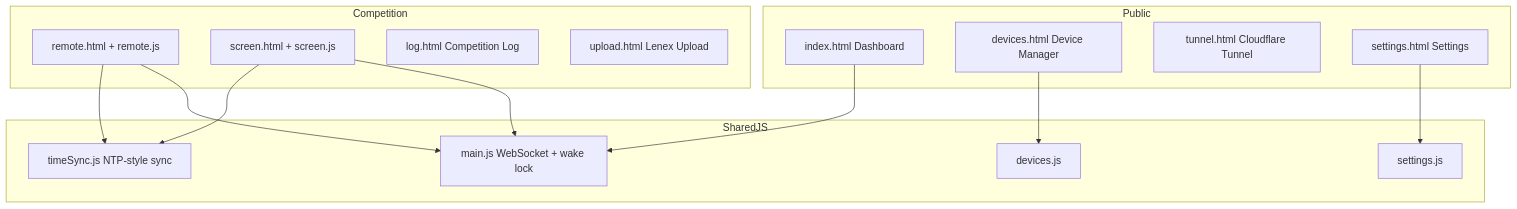
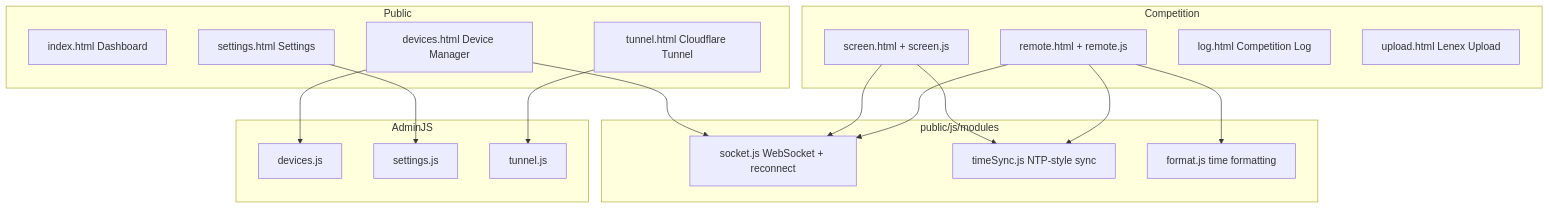
The fifth of 6 diagrams in docs/architecture.md (spelbreker/ws-swim-stopwatch), drawn with Mermaid before and after one commit. The commit also changed 3 other files, not shown here.

````diff
--- a/docs/architecture.md
+++ b/docs/architecture.md
@@ -234,31 +234,38 @@
 ```mermaid
 graph TB
     subgraph Public
         Index[index.html Dashboard]
         Devices[devices.html Device Manager]
         Tunnel[tunnel.html Cloudflare Tunnel]
         SettingsPage[settings.html Settings]
     end
 
     subgraph Competition
         Remote[remote.html + remote.js]
         Screen[screen.html + screen.js]
         Log[log.html Competition Log]
         Upload[upload.html Lenex Upload]
     end
 
-    subgraph SharedJS
-        Main[main.js WebSocket + wake lock]
+    subgraph SharedModules[public/js/modules]
+        Socket[socket.js WebSocket + reconnect]
         TimeSync[timeSync.js NTP-style sync]
+        Format[format.js time formatting]
+    end
+
+    subgraph AdminJS
         DevicesJS[devices.js]
         SettingsJS[settings.js]
+        TunnelJS[tunnel.js]
     end
 
-    Index --> Main
-    Remote --> Main
+    Remote --> Socket
     Remote --> TimeSync
-    Screen --> Main
+    Remote --> Format
+    Screen --> Socket
     Screen --> TimeSync
+    Devices --> Socket
     Devices --> DevicesJS
     SettingsPage --> SettingsJS
+    Tunnel --> TunnelJS
 ```
````
